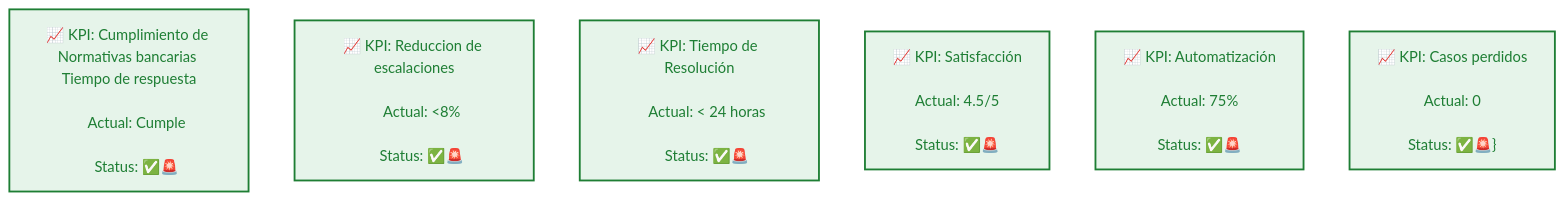
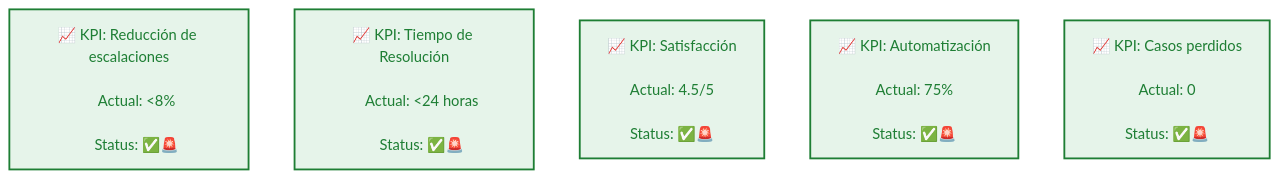
One commit to fgomezman/Sisto-Bank-Proposal changed the fourth of 4 diagrams in docs/index.md. Above: the diagram before and after it, drawn with Mermaid. The commit also changed other lines of this file and 4 other files, not shown here.

````diff
--- a/docs/index.md
+++ b/docs/index.md
@@ -319,38 +323,35 @@
 ```mermaid
 %%{init: {'flowchart': {'layout': 'dagre'}}}%%
 flowchart TB
 
-    KPI5["📈 KPI: Cumplimiento de Normativas bancarias Tiempo de respuesta<br/>
-    Actual: Cumple<br/>
+
+    KPI6["📈 KPI: Reducción de escalaciones<br>
+    Actual: <8%<br>
     Status: ✅🚨"]
 
-    KPI6["📈 KPI: Reduccion de escalaciones<br/>
-    Actual: <8%<br/>
+    KPI1["📈 KPI: Tiempo de Resolución<br>
+    Actual: <24 horas<br>
     Status: ✅🚨"]
 
-    KPI1["📈 KPI: Tiempo de Resolución<br/>
-    Actual: &lt; 24 horas<br/>
+    KPI2["📈 KPI: Satisfacción<br>
+    Actual: 4.5/5<br>
     Status: ✅🚨"]
 
-    KPI2["📈 KPI: Satisfacción<br/>
-    Actual: 4.5/5<br/>
+    KPI3["📈 KPI: Automatización<br>
+    Actual: 75%<br>
     Status: ✅🚨"]
 
-    KPI3["📈 KPI: Automatización<br/>
-    Actual: 75%<br/>
+    KPI4["📈 KPI: Casos perdidos<br>
+    Actual: 0<br>
     Status: ✅🚨"]
-
-    KPI4["📈 KPI: Casos perdidos<br/>
-    Actual: 0<br/>
-    Status: ✅🚨}"]
 
     KPI1:::success
     KPI2:::success
     KPI3:::success
     KPI4:::success
-    KPI5:::success
     KPI6:::success
 
     classDef warning fill:#F8D7DA,stroke:#721C24,stroke-width:2px,color:#721C24
     classDef success fill:#E6F4EA,stroke:#1E7E34,stroke-width:2px,color:#1E7E34
+
 ```
````
